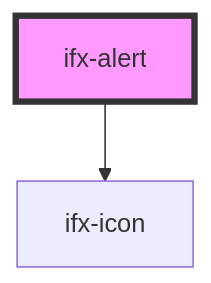
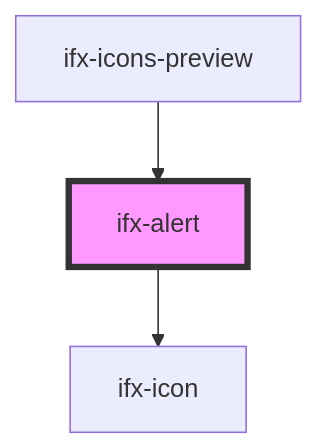
One commit to Infineon/infineon-design-system-stencil changed the diagram in packages/components/src/components/alert/readme.md. Above: the diagram before and after it, drawn with Mermaid. The commit also changed other lines of this file and 4 other files, not shown here.

Commit message:
added alert inside icon-preview

````diff
--- a/packages/components/src/components/alert/readme.md
+++ b/packages/components/src/components/alert/readme.md
@@ -32,5 +36,6 @@
 ```mermaid
 graph TD;
   ifx-alert --> ifx-icon
+  ifx-icons-preview --> ifx-alert
   style ifx-alert fill:#f9f,stroke:#333,stroke-width:4px
 ```
````
